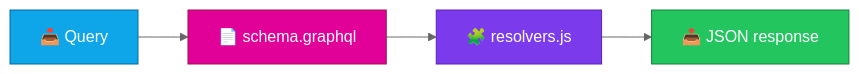
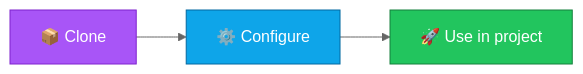
Before and after one commit to manansbdb/graphql-starter: the diagram in README.md, drawn with Mermaid (neutral theme). The commit also changed other lines of this file and 1 other file, not shown here.

Commit message:
docs: polish README (banner, badges, mermaid, EN+PT)

````diff
--- a/README.md
+++ b/README.md
@@ -28,10 +27,8 @@
 ```mermaid
 flowchart LR
-  A["📥 Query"] --> B["📄 schema.graphql"]
-  B --> C["🧩 resolvers.js"]
-  C --> D["📤 JSON response"]
-  style A fill:#0ea5e9,stroke:#0369a1,color:#fff
-  style B fill:#e10098,stroke:#9d174d,color:#fff
-  style C fill:#7c3aed,stroke:#5b21b6,color:#fff
-  style D fill:#22c55e,stroke:#15803d,color:#fff
+  A["📦 Clone"] --> B["⚙️ Configure"]
+  B --> C["🚀 Use in project"]
+  style A fill:#a855f7,stroke:#7e22ce,color:#fff
+  style B fill:#0ea5e9,stroke:#0369a1,color:#fff
+  style C fill:#22c55e,stroke:#15803d,color:#fff
 ```
````
